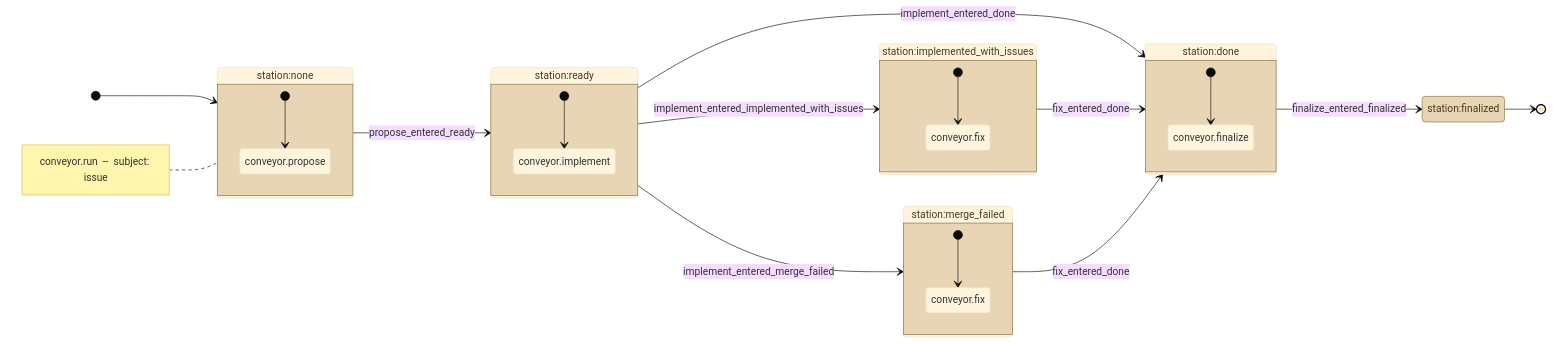
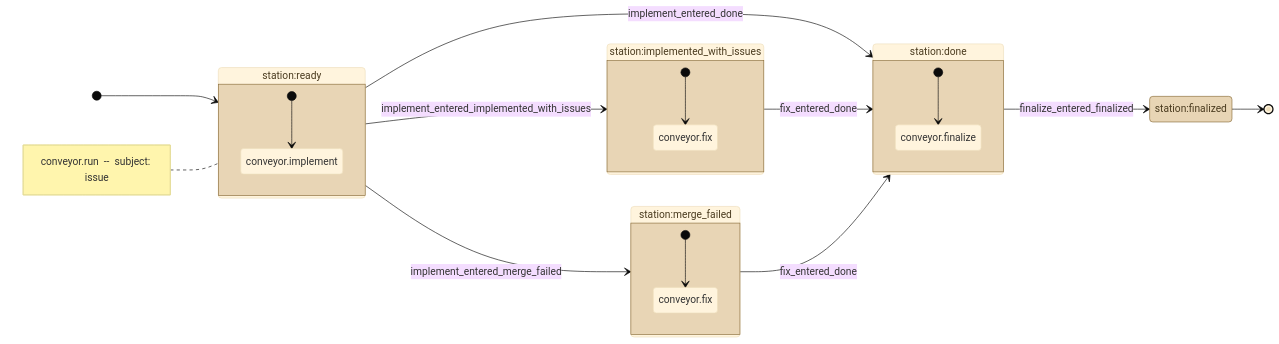
Before and after one commit to kostiantyn-matsebora/agent-ops-operator: the diagram in .github/conveyor-model/mermaid/conveyor_run.mmd, drawn with Mermaid (base theme). The commit also changed 2 other files, not shown here.

Commit message:
fix(conveyor): conveyor.run starts at station:ready, not station:none
conveyor.propose runs on its own, triggered independently by a human
creating the proposal PR and the tracking issue (proposal_pr_opened) --
it is not invoked by conveyor.run. By the time conveyor:run is placed on
an issue, the proposal has already run its course and the issue already
sits at station:ready. conveyor.run picking it up from station:none and
invoking conveyor.propose claimed a relationship that does not exist: the
two workflows share a station, not an invocation.

station:ready is now conveyor.run's real initial state, invoking
conveyor.implement directly, same as it already did. propose_entered_ready
is removed from labels.yaml as orphaned -- no transition anywhere uses it
any more. station:none's workflows list in labels.yaml corrected to
conveyor.propose alone.

Cross-checked clean against workflows.desired.yaml (zero missing/extra
states or events, zero workflow-attribution mismatches) and verified by
headless-Chrome render: conveyor.run now starts straight into
conveyor.implement.

```diff
--- a/.github/conveyor-model/mermaid/conveyor_run.mmd
+++ b/.github/conveyor-model/mermaid/conveyor_run.mmd
@@ -1,43 +1,37 @@
 stateDiagram-v2
     direction LR
-    [*] --> station_none
-    note left of station_none
+    [*] --> station_ready
+    note left of station_ready
         conveyor.run  --  subject: issue
     end note
     classDef stationState fill:#e8d5b5,stroke:#8a6d3b,color:#4a3b1f
     classDef loopState fill:#c9e4de,stroke:#2f6b5e,color:#1a3b33
-    state "station:none" as station_none
     state "station:ready" as station_ready
     state "station:implemented_with_issues" as station_implemented_with_issues
     state "station:merge_failed" as station_merge_failed
     state "station:done" as station_done
     state "station:finalized" as station_finalized
-    station_none --> station_ready : propose_entered_ready
     station_ready --> station_done : implement_entered_done
     station_ready --> station_implemented_with_issues : implement_entered_implemented_with_issues
     station_ready --> station_merge_failed : implement_entered_merge_failed
     station_implemented_with_issues --> station_done : fix_entered_done
     station_merge_failed --> station_done : fix_entered_done
     station_done --> station_finalized : finalize_entered_finalized
     station_finalized --> [*]
-    class station_none, station_ready, station_implemented_with_issues, station_merge_failed, station_done, station_finalized stationState
-    state station_none {
-        [*] --> station_none__conveyor_propose
-        state "conveyor.propose" as station_none__conveyor_propose
-    }
+    class station_ready, station_implemented_with_issues, station_merge_failed, station_done, station_finalized stationState
     state station_ready {
         [*] --> station_ready__conveyor_implement
         state "conveyor.implement" as station_ready__conveyor_implement
     }
     state station_implemented_with_issues {
         [*] --> station_implemented_with_issues__conveyor_fix
         state "conveyor.fix" as station_implemented_with_issues__conveyor_fix
     }
     state station_merge_failed {
         [*] --> station_merge_failed__conveyor_fix
         state "conveyor.fix" as station_merge_failed__conveyor_fix
     }
     state station_done {
         [*] --> station_done__conveyor_finalize
         state "conveyor.finalize" as station_done__conveyor_finalize
     }
```
